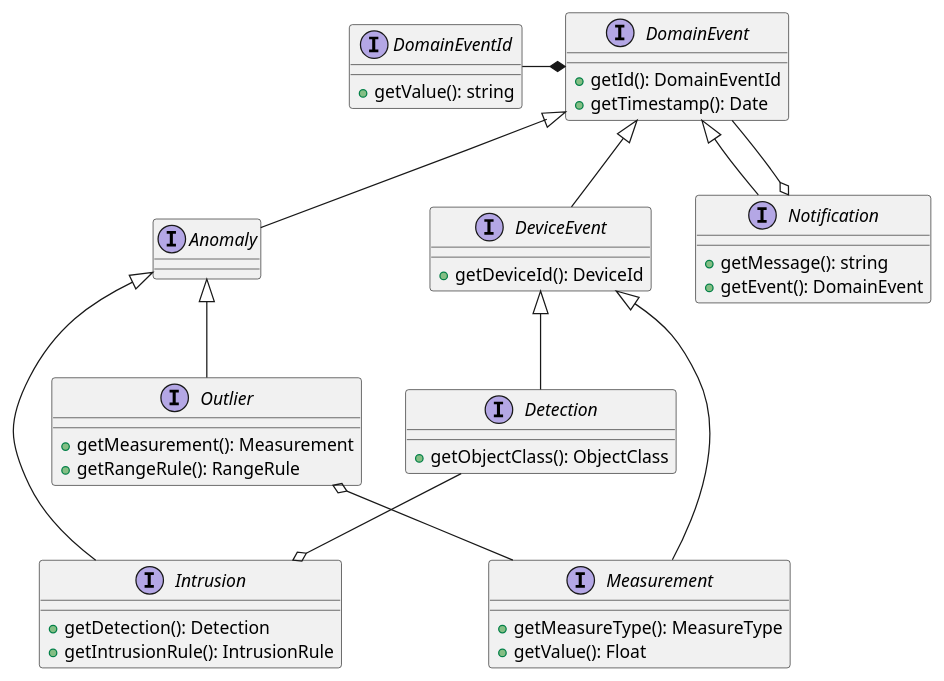
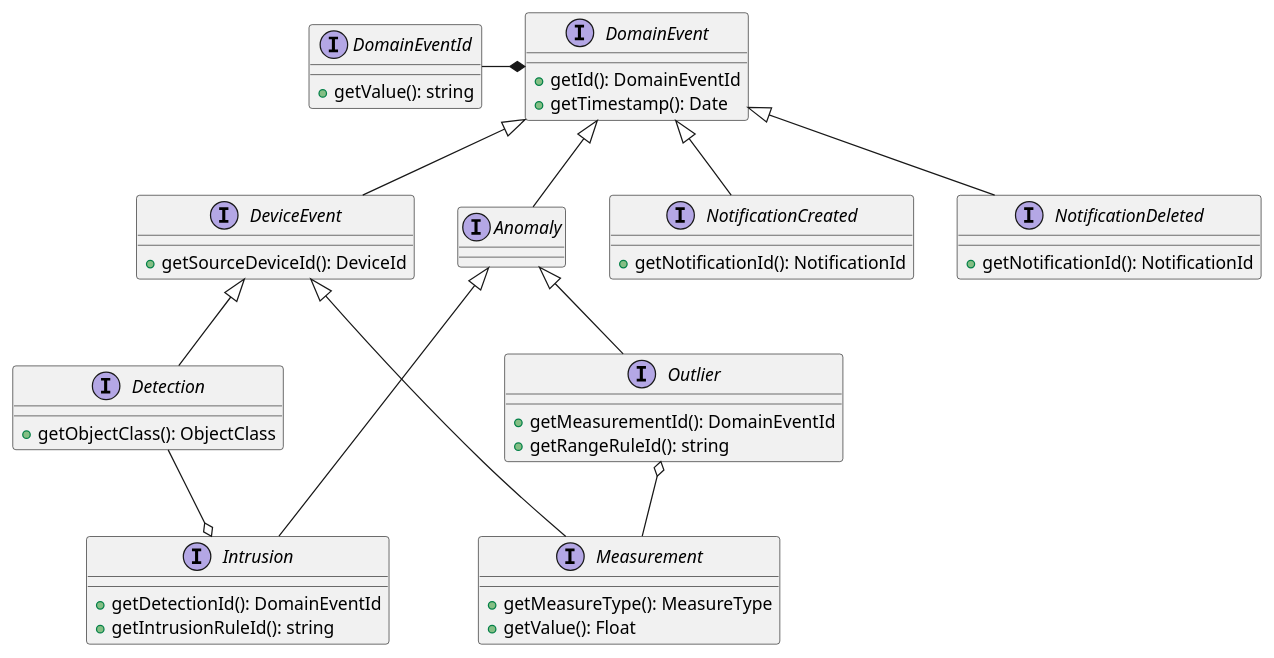
Before and after one commit to revue-org/revue: the diagram in docs/uml/domain/DomainEvents.puml, drawn with PlantUML. The commit also changed 1 other file, not shown here.

Commit message:
docs(uml): fix domain events, make Notification as an Entity

```diff
--- a/docs/uml/domain/DomainEvents.puml
+++ b/docs/uml/domain/DomainEvents.puml
@@ -1,56 +1,60 @@
 @startuml
 
 interface DomainEventId {
   + getValue(): string
 }
 
 interface DomainEvent {
   + getId(): DomainEventId
   + getTimestamp(): Date
 }
 
 interface DeviceEvent {
-  + getDeviceId(): DeviceId
+  + getSourceDeviceId(): DeviceId
 }
 
 interface Detection {
   + getObjectClass(): ObjectClass
 }
 interface Measurement {
   + getMeasureType(): MeasureType
   + getValue(): Float
 }
 
-interface Notification {
-  + getMessage(): string
-  + getEvent(): DomainEvent
+interface NotificationCreated {
+  + getNotificationId(): NotificationId
+}
+
+interface NotificationDeleted {
+  + getNotificationId(): NotificationId
 }
 
 interface Anomaly
 interface Intrusion {
-  + getDetection(): Detection
-  + getIntrusionRule(): IntrusionRule
+  + getDetectionId(): DomainEventId
+  + getIntrusionRuleId(): string
 }
 
 interface Outlier {
-  + getMeasurement(): Measurement
-  + getRangeRule(): RangeRule
+  + getMeasurementId(): DomainEventId
+  + getRangeRuleId(): string
 }
 
 DomainEvent *-left- DomainEventId
 
 DomainEvent <|-- DeviceEvent
-DomainEvent <|-- Notification
+DomainEvent <|-- NotificationCreated
+DomainEvent <|-- NotificationDeleted
+
 DeviceEvent <|-- Measurement
 DeviceEvent <|-- Detection
 
 DomainEvent <|-- Anomaly
 Anomaly <|-- Intrusion
 Anomaly <|-- Outlier
 
-Notification o-- DomainEvent
 
 Outlier o-- Measurement
 Intrusion o-up- Detection
 
 @enduml
```
